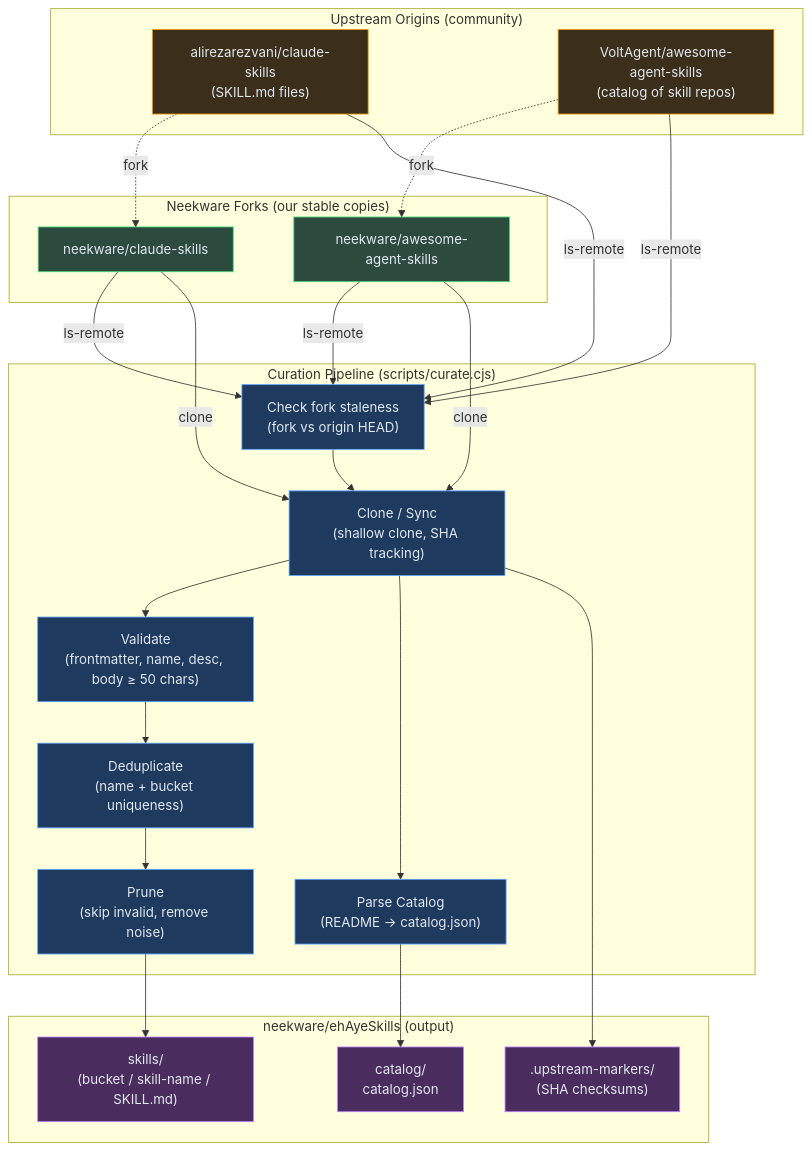
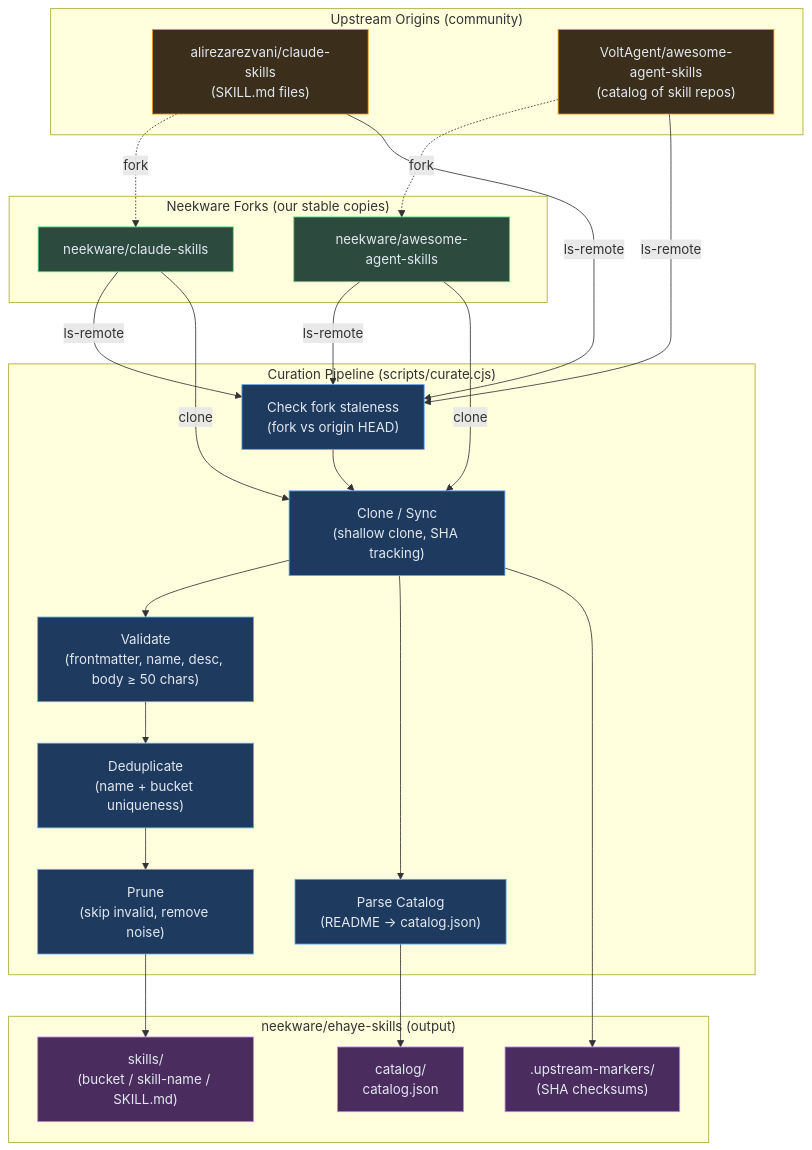
Before and after one commit to neekware/ehAyeSkills: the diagram in README.md, drawn with Mermaid. The commit also changed 4 other files, not shown here.

````diff
--- a/README.md
+++ b/README.md
@@ -19,58 +19,58 @@
 ```mermaid
 flowchart TD
     subgraph "Upstream Origins (community)"
         OCS["alirezarezvani/claude-skills\n(SKILL.md files)"]
         OAS["VoltAgent/awesome-agent-skills\n(catalog of skill repos)"]
     end
 
     subgraph "Neekware Forks (our stable copies)"
         FCS["neekware/claude-skills"]
         FAS["neekware/awesome-agent-skills"]
     end
 
     subgraph "Curation Pipeline (scripts/curate.cjs)"
         STALE["Check fork staleness\n(fork vs origin HEAD)"]
         SYNC["Clone / Sync\n(shallow clone, SHA tracking)"]
         VALIDATE["Validate\n(frontmatter, name, desc, body ≥ 50 chars)"]
         DEDUP["Deduplicate\n(name + bucket uniqueness)"]
         PRUNE["Prune\n(skip invalid, remove noise)"]
         CATALOG["Parse Catalog\n(README → catalog.json)"]
     end
 
-    subgraph "neekware/ehAyeSkills (output)"
+    subgraph "neekware/ehaye-skills (output)"
         SKILLS["skills/\n(bucket / skill-name / SKILL.md)"]
         CAT["catalog/\ncatalog.json"]
         MARKERS[".upstream-markers/\n(SHA checksums)"]
     end
 
     OCS -. "fork" .-> FCS
     OAS -. "fork" .-> FAS
     OCS -- "ls-remote" --> STALE
     OAS -- "ls-remote" --> STALE
     FCS -- "ls-remote" --> STALE
     FAS -- "ls-remote" --> STALE
     FCS -- "clone" --> SYNC
     FAS -- "clone" --> SYNC
     STALE --> SYNC
     SYNC --> VALIDATE
     VALIDATE --> DEDUP
     DEDUP --> PRUNE
     PRUNE --> SKILLS
     SYNC --> CATALOG
     CATALOG --> CAT
     SYNC --> MARKERS
 
     style OCS fill:#3b2e1a,stroke:#f59e0b,color:#e2e8f0
     style OAS fill:#3b2e1a,stroke:#f59e0b,color:#e2e8f0
     style FCS fill:#2d4a3e,stroke:#4ade80,color:#e2e8f0
     style FAS fill:#2d4a3e,stroke:#4ade80,color:#e2e8f0
     style STALE fill:#1e3a5f,stroke:#60a5fa,color:#e2e8f0
     style SYNC fill:#1e3a5f,stroke:#60a5fa,color:#e2e8f0
     style VALIDATE fill:#1e3a5f,stroke:#60a5fa,color:#e2e8f0
     style DEDUP fill:#1e3a5f,stroke:#60a5fa,color:#e2e8f0
     style PRUNE fill:#1e3a5f,stroke:#60a5fa,color:#e2e8f0
     style CATALOG fill:#1e3a5f,stroke:#60a5fa,color:#e2e8f0
     style SKILLS fill:#4a2d5e,stroke:#c084fc,color:#e2e8f0
     style CAT fill:#4a2d5e,stroke:#c084fc,color:#e2e8f0
     style MARKERS fill:#4a2d5e,stroke:#c084fc,color:#e2e8f0
 ```
````
